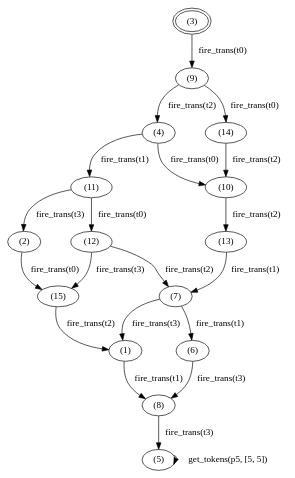
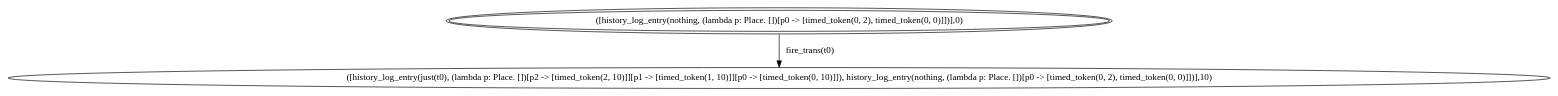
Before and after one commit to smucclaw/sandbox: the diagram in joe/mcrl2/projects/petri_net/workdir/verification_evidence/prop0/prop0.evidence.dot, drawn with Graphviz. The commit also changed 33 other files, not shown here.

```diff
--- a/joe/mcrl2/projects/petri_net/workdir/verification_evidence/prop0/prop0.evidence.dot
+++ b/joe/mcrl2/projects/petri_net/workdir/verification_evidence/prop0/prop0.evidence.dot
@@ -1,42 +1,10 @@
 digraph G {
 center = TRUE;
 mclimit = 10.0;
 nodesep = 0.05;
 node [ width=0.25, height=0.25, label="" ];
-s14 [ peripheries=2 ];
-s0 [label="(2)"];
-s1 [label="(5)"];
-s2 [label="(11)"];
-s3 [label="(6)"];
-s4 [label="(8)"];
-s5 [label="(1)"];
-s6 [label="(7)"];
-s7 [label="(4)"];
-s8 [label="(13)"];
-s9 [label="(14)"];
-s10 [label="(10)"];
-s11 [label="(9)"];
-s12 [label="(15)"];
-s13 [label="(12)"];
-s14 [label="(3)"];
-s14->s11[label="fire_trans(t0)"];
-s0->s12[label="fire_trans(t0)"];
-s12->s5[label="fire_trans(t2)"];
-s11->s7[label="fire_trans(t2)"];
-s11->s9[label="fire_trans(t0)"];
-s10->s8[label="fire_trans(t2)"];
-s9->s10[label="fire_trans(t2)"];
-s8->s6[label="fire_trans(t1)"];
-s7->s2[label="fire_trans(t1)"];
-s7->s10[label="fire_trans(t0)"];
-s5->s4[label="fire_trans(t1)"];
-s4->s1[label="fire_trans(t3)"];
-s3->s4[label="fire_trans(t3)"];
-s13->s12[label="fire_trans(t3)"];
-s13->s6[label="fire_trans(t2)"];
-s2->s13[label="fire_trans(t0)"];
-s2->s0[label="fire_trans(t3)"];
-s6->s5[label="fire_trans(t3)"];
-s6->s3[label="fire_trans(t1)"];
-s1->s1[label="get_tokens(p5, [5, 5])"];
+s0 [ peripheries=2 ];
+s0 [label="([history_log_entry(nothing, (lambda p: Place. [])[p0 -> [timed_token(0, 2), timed_token(0, 0)]])],0)"];
+s1 [label="([history_log_entry(just(t0), (lambda p: Place. [])[p2 -> [timed_token(2, 10)]][p1 -> [timed_token(1, 10)]][p0 -> [timed_token(0, 10)]]), history_log_entry(nothing, (lambda p: Place. [])[p0 -> [timed_token(0, 2), timed_token(0, 0)]])],10)"];
+s0->s1[label="fire_trans(t0)"];
 }
```
